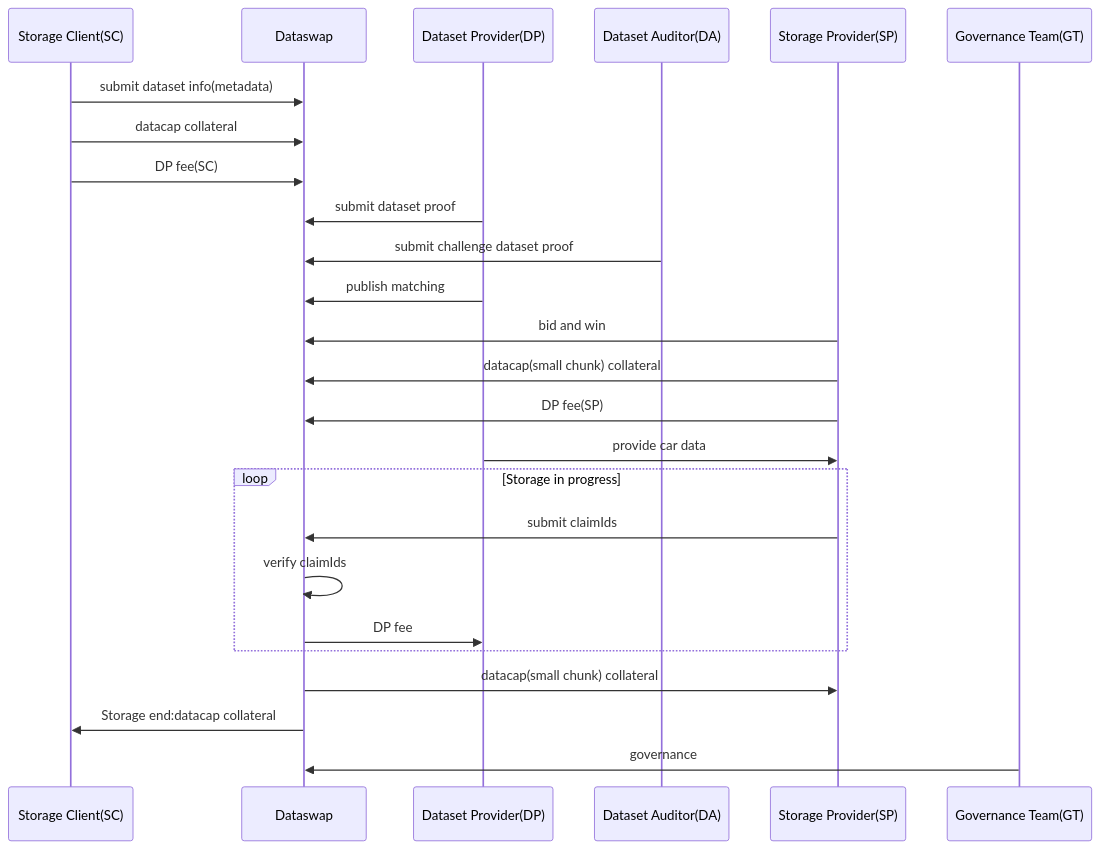
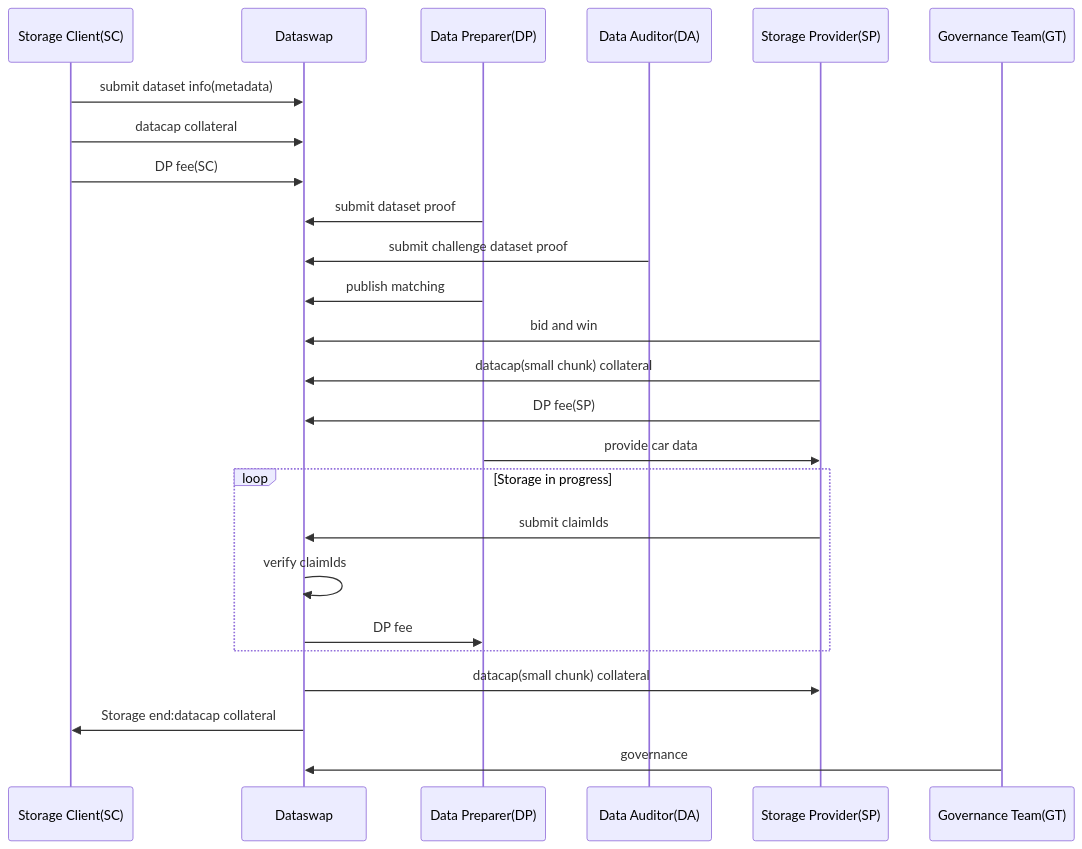
Before and after one commit to dataswap/specs: the first of 2 diagrams in systems/README.md, drawn with Mermaid. The commit also changed other lines of this file and 10 other files, not shown here.

````diff
--- a/systems/README.md
+++ b/systems/README.md
@@ -10,23 +10,23 @@
 ```mermaid
 sequenceDiagram
 Storage Client(SC)->>Dataswap: submit dataset info(metadata)
 Storage Client(SC)->>Dataswap: datacap collateral
 Storage Client(SC)->>Dataswap: DP fee(SC) 
-Dataset Provider(DP)->>Dataswap: submit dataset proof
-Dataset Auditor(DA)->>Dataswap: submit challenge dataset proof
-Dataset Provider(DP)->>Dataswap: publish matching
+Data Preparer(DP)->>Dataswap: submit dataset proof
+Data Auditor(DA)->>Dataswap: submit challenge dataset proof
+Data Preparer(DP)->>Dataswap: publish matching
 Storage Provider(SP)->>Dataswap: bid and win
 Storage Provider(SP)->>Dataswap: datacap(small chunk) collateral
 Storage Provider(SP)->>Dataswap: DP fee(SP)
-Dataset Provider(DP)->>Storage Provider(SP): provide car data
+Data Preparer(DP)->>Storage Provider(SP): provide car data
 loop Storage in progress 
 Storage Provider(SP)->>Dataswap: submit claimIds
 Dataswap->>Dataswap: verify claimIds
-Dataswap->>Dataset Provider(DP): DP fee
+Dataswap->>Data Preparer(DP): DP fee
 end
 Dataswap->>Storage Provider(SP): datacap(small chunk) collateral
 Dataswap->>Storage Client(SC): Storage end:datacap collateral
 Governance Team(GT)->>Dataswap: governance
 
 %%{init:{'themeCSS':'g:nth-of-type(3) rect.actor { stroke:lightgreen;fill: lightgreen; }; g:nth-of-type(10) rect.actor { stroke:lightgreen;fill: lightgreen; }; '}}%%
 ```
````
